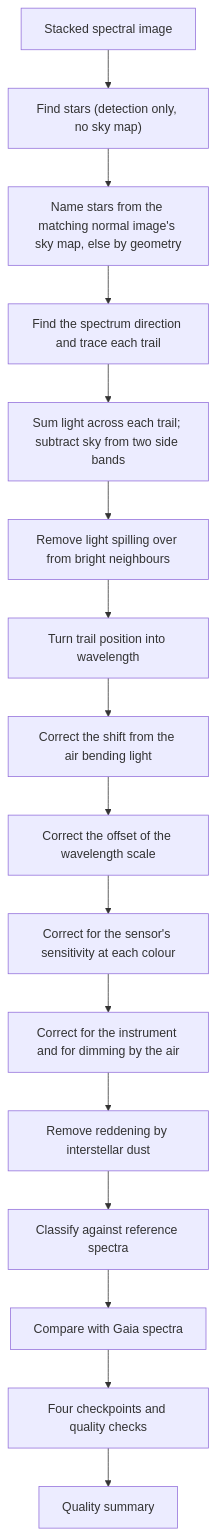
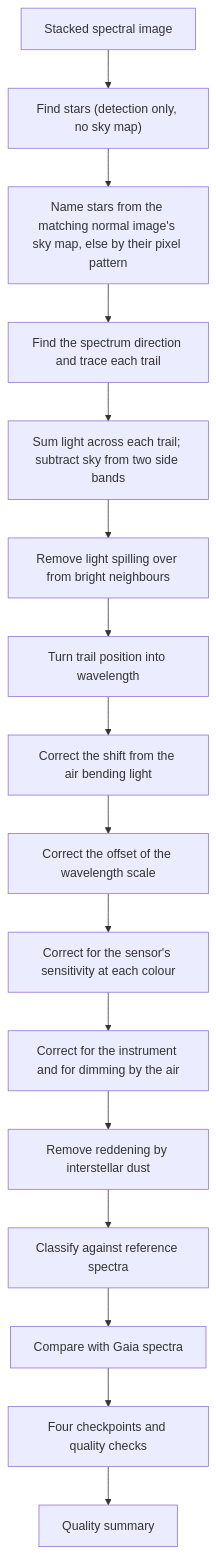
Before and after one commit to m1chae2/astrometrics: the diagram in documentation/library_design/pipelines/spectroscopy.md, drawn with Mermaid. The commit also changed other lines of this file and 51 other files, not shown here.

````diff
--- a/documentation/library_design/pipelines/spectroscopy.md
+++ b/documentation/library_design/pipelines/spectroscopy.md
@@ -45,18 +48,18 @@
 ```mermaid
 flowchart TD
     A["Stacked spectral image"] --> B["Find stars (detection only, no sky map)"]
-    B --> C["Name stars from the matching normal image's sky map, else by geometry"]
+    B --> C["Name stars from the matching normal image's sky map, else by their pixel pattern"]
     C --> D["Find the spectrum direction and trace each trail"]
     D --> E["Sum light across each trail; subtract sky from two side bands"]
     E --> F["Remove light spilling over from bright neighbours"]
     F --> G["Turn trail position into wavelength"]
     G --> H["Correct the shift from the air bending light"]
     H --> I["Correct the offset of the wavelength scale"]
     I --> J["Correct for the sensor's sensitivity at each colour"]
     J --> K["Correct for the instrument and for dimming by the air"]
     K --> L["Remove reddening by interstellar dust"]
     L --> M["Classify against reference spectra"]
     M --> N["Compare with Gaia spectra"]
     N --> O["Four checkpoints and quality checks"]
     O --> P["Quality summary"]
 ```
````
